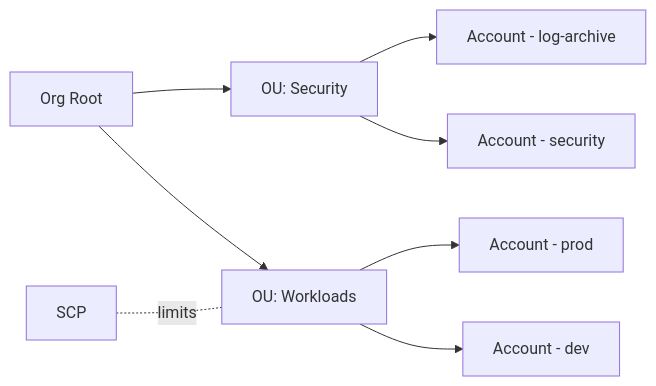
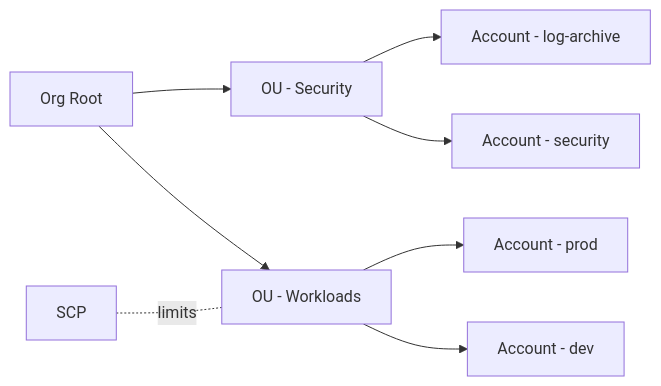
One commit to niceguy61/aws-saa-lecture-2026 changed the third of 3 diagrams in aws-saa/week01-domain01-secure-architectures/day01/01-theory.md. Above: the diagram before and after it, drawn with Mermaid. The commit also changed 4 other files, not shown here.

Commit message:
Add mermaid lint script for docs

````diff
--- a/aws-saa/week01-domain01-secure-architectures/day01/01-theory.md
+++ b/aws-saa/week01-domain01-secure-architectures/day01/01-theory.md
@@ -89,10 +89,10 @@
 ```mermaid
 flowchart LR
-  Root[Org Root] --> OU1[OU: Security]
-  Root --> OU2[OU: Workloads]
+  Root[Org Root] --> OU1[OU - Security]
+  Root --> OU2[OU - Workloads]
   OU2 --> A1[Account - prod]
   OU2 --> A2[Account - dev]
   OU1 --> S1[Account - log-archive]
   OU1 --> S2[Account - security]
   SCP1[SCP] -. limits .- OU2
 ```
````
